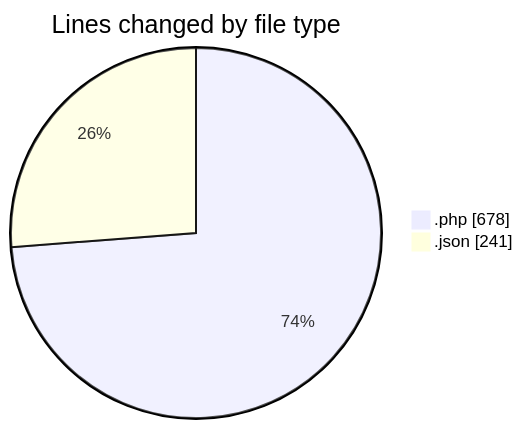
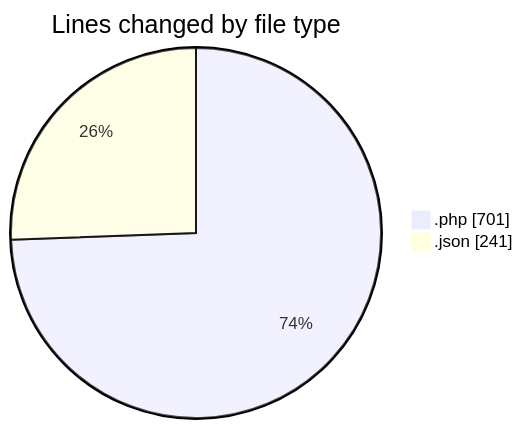
The first of 2 diagrams in 2025-03-30/autodidak/README.md (idhammustaqopulfikri/code-tracking), drawn with Mermaid before and after one commit. The commit also changed other lines of this file and 1 other file, not shown here.

````diff
--- a/2025-03-30/autodidak/README.md
+++ b/2025-03-30/autodidak/README.md
@@ -26,6 +26,6 @@
 ```mermaid
 pie showData
 title Lines changed by file type
-".php" : 678
+".php" : 701
 ".json" : 241
 ```
````
